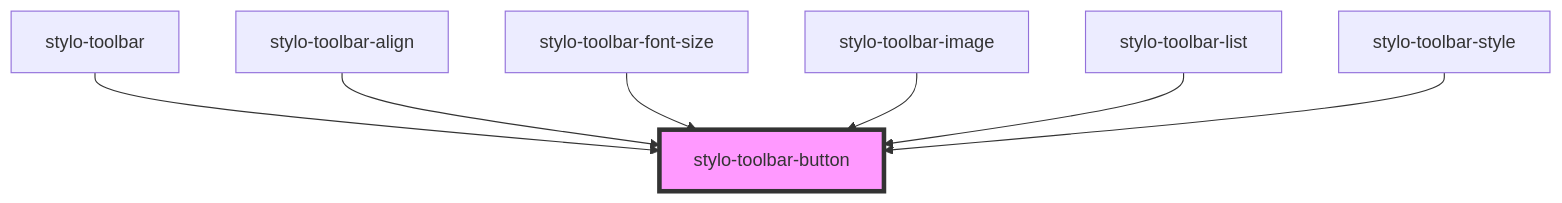
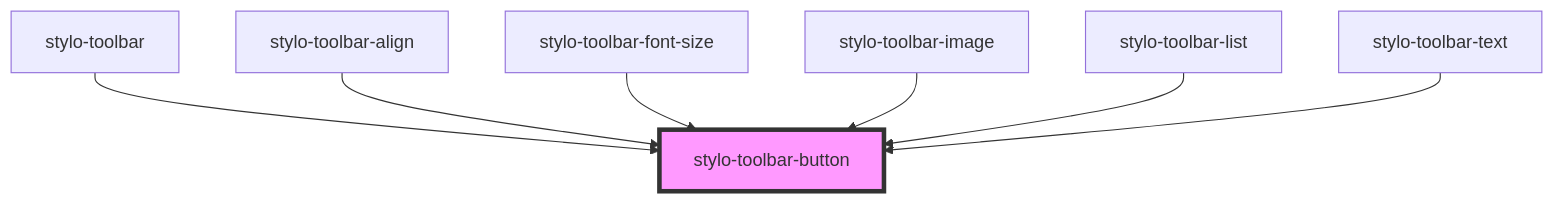
The diagram in src/components/toolbar/button/readme.md (peterpeterparker/stylo), drawn with Mermaid before and after one commit. The commit also changed other lines of this file and 13 other files, not shown here.

````diff
--- a/src/components/toolbar/button/readme.md
+++ b/src/components/toolbar/button/readme.md
@@ -31,10 +31,10 @@
 ```mermaid
 graph TD;
   stylo-toolbar --> stylo-toolbar-button
   stylo-toolbar-align --> stylo-toolbar-button
   stylo-toolbar-font-size --> stylo-toolbar-button
   stylo-toolbar-image --> stylo-toolbar-button
   stylo-toolbar-list --> stylo-toolbar-button
-  stylo-toolbar-style --> stylo-toolbar-button
+  stylo-toolbar-text --> stylo-toolbar-button
   style stylo-toolbar-button fill:#f9f,stroke:#333,stroke-width:4px
 ```
````
